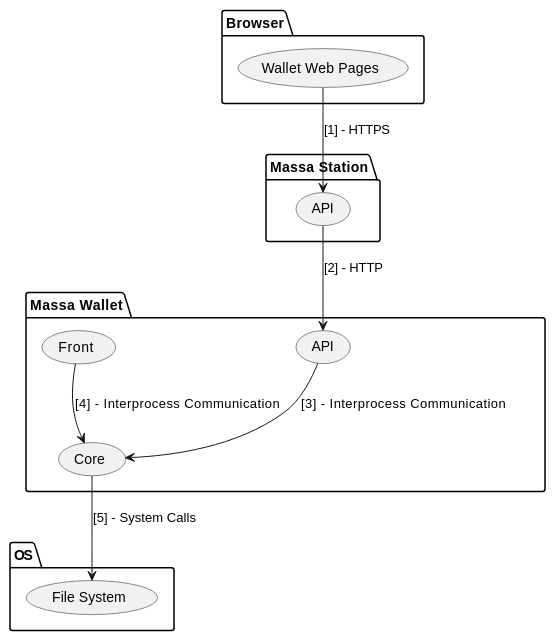
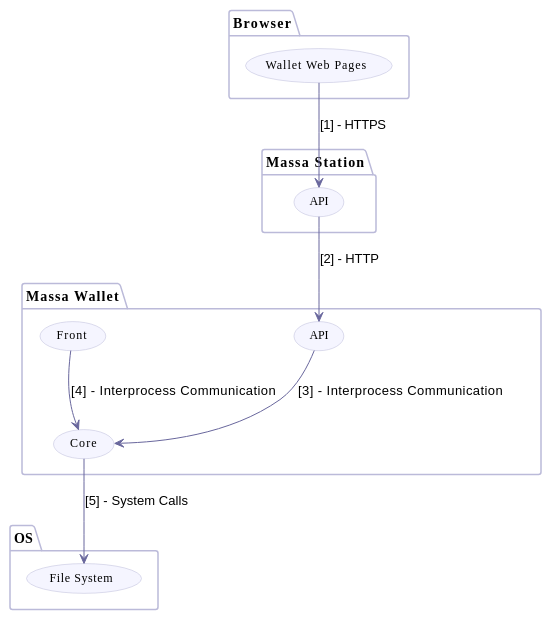
One commit to massalabs/station-massa-wallet changed the tenth of 10 diagrams in documentation/wallet.adoc. Above: the diagram before and after it, drawn with PlantUML. The commit also changed other lines of this file and 1 other file, not shown here.

```diff
--- a/documentation/wallet.adoc
+++ b/documentation/wallet.adoc
@@ -501,28 +545,45 @@
 [plantuml, format="svg", id="application-mapping-diagram", width="60%", role="center-image"]
 ----
 @startuml
+
+skinparam FontName Poppins
+
+skinparam usecase {
+    ArrowColor #69679D
+    BackgroundColor #F5F5FF
+    BorderColor #BBBAD9
+    FontSize 12
+    FontName Poppins
+}
+
+skinparam package {
+    BackgroundColor #FFFFFF
+    BorderColor #BBBAD9
+    FontName Poppins
+}
+
 package "Browser" {
     usecase "Wallet Web Pages" as walletWebPages
 }
 
 package "Massa Station" {
     usecase "API" as massaStationAPI
 }
 
 package "Massa Wallet" {
     usecase "API" as massaWalletAPI
     usecase "Front" as massaWalletFront
     usecase "Core" as massaWalletCore
 }
 
 package "OS" {
     usecase "File System" as fileSystem
 }
 
 walletWebPages --> massaStationAPI: [1] - HTTPS
 massaStationAPI --> massaWalletAPI: [2] - HTTP
 massaWalletAPI --> massaWalletCore: [3] - Interprocess Communication
 massaWalletFront --> massaWalletCore: [4] - Interprocess Communication
 massaWalletCore --> fileSystem: [5] - System Calls
 @enduml
 ----
```
